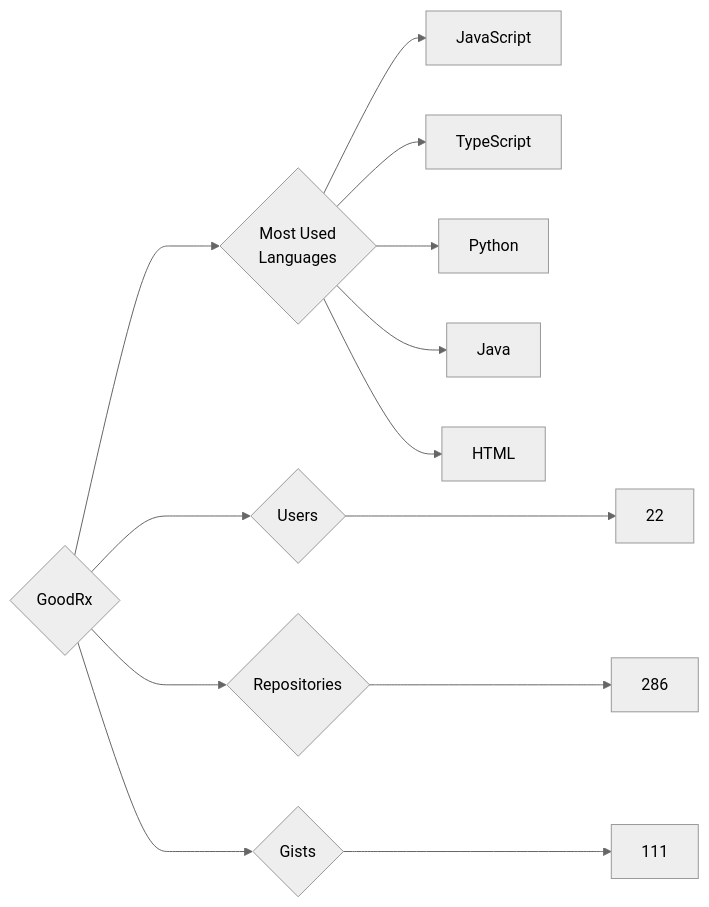
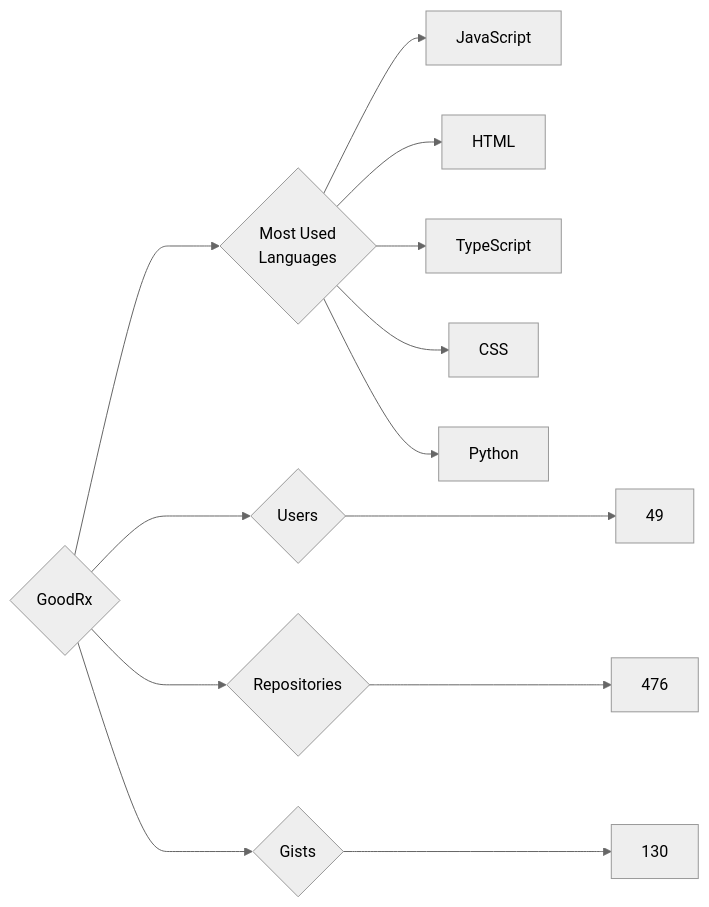
The diagram in targets/GoodRx/README.md (trickest/insiders), drawn with Mermaid (neutral theme) before and after one commit. The commit also changed 736 other files, not shown here.

````diff
--- a/targets/GoodRx/README.md
+++ b/targets/GoodRx/README.md
@@ -3,13 +3,13 @@
 ```mermaid
 graph LR
 COMPANY_NAME{GoodRx}
-COMPANY_NAME ---> U{Users} ---> UN[22]
-COMPANY_NAME ---> R{Repositories} ---> RN[286]
-COMPANY_NAME ---> G{Gists} ---> GN[111]
+COMPANY_NAME ---> U{Users} ---> UN[49]
+COMPANY_NAME ---> R{Repositories} ---> RN[476]
+COMPANY_NAME ---> G{Gists} ---> GN[130]
 COMPANY_NAME ---> ML{Most Used<br>Languages}
 ML --> JavaScript[JavaScript]
+ML --> HTML[HTML]
 ML --> TypeScript[TypeScript]
+ML --> CSS[CSS]
 ML --> Python[Python]
-ML --> Java[Java]
-ML --> HTML[HTML]
 ```
````
